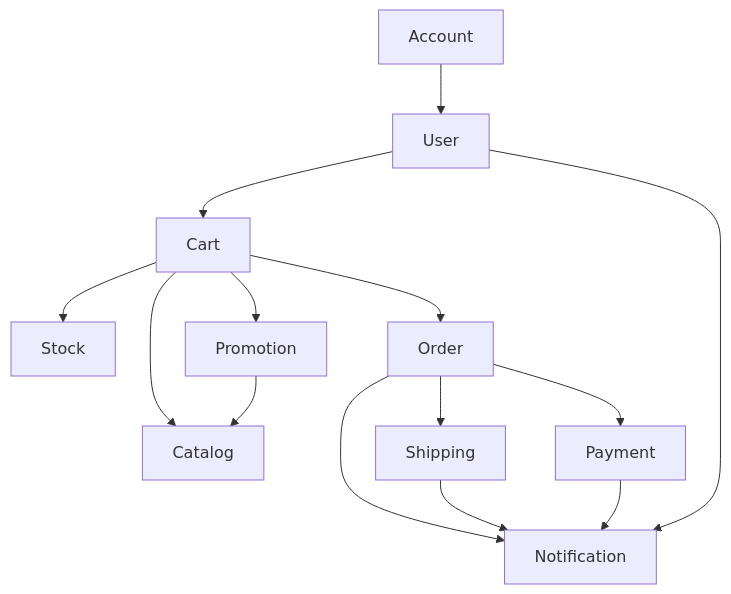
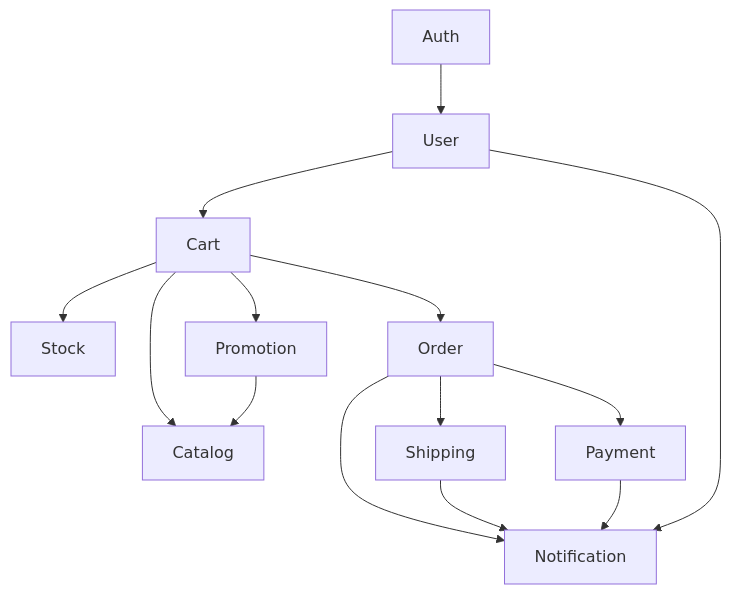
The second of 2 diagrams in docs/ai/04_ARCHITECTURE.md (char5742/ecsite-sample-spring), drawn with Mermaid before and after one commit. The commit also changed other lines of this file and 60 other files, not shown here.

````diff
--- a/docs/ai/04_ARCHITECTURE.md
+++ b/docs/ai/04_ARCHITECTURE.md
@@ -93,16 +93,16 @@
 ```mermaid
 flowchart TD
-    Account --> User
+    Auth --> User
     User --> Cart
     Cart --> Catalog
     Cart --> Stock
     Cart --> Promotion
     Cart --> Order
     Order --> Payment
     Order --> Shipping
     Order --> Notification
     Shipping --> Notification
     Payment --> Notification
     Promotion --> Catalog
     User --> Notification
 ```
````
